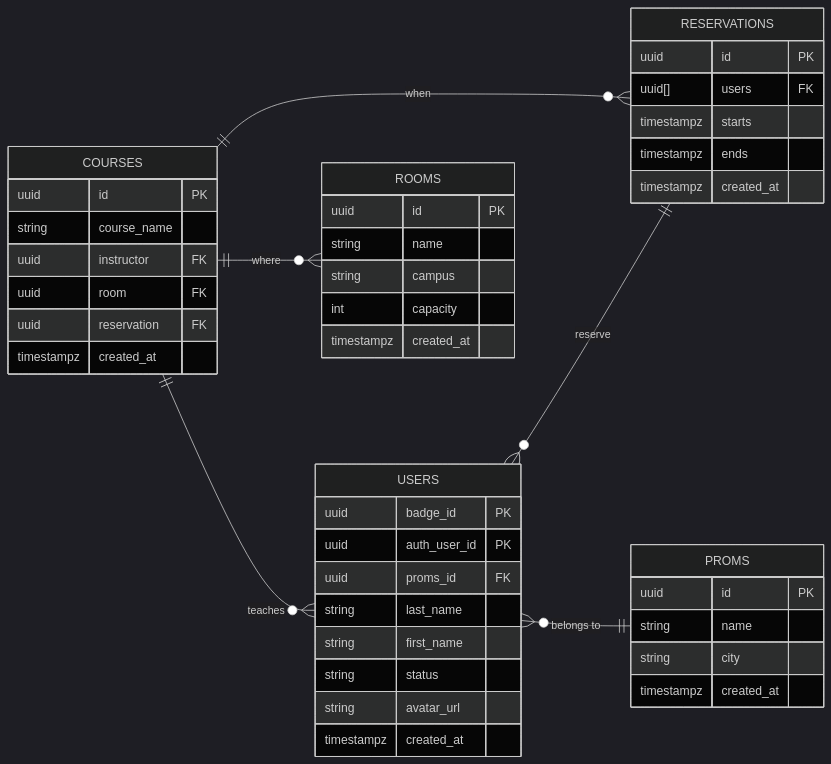
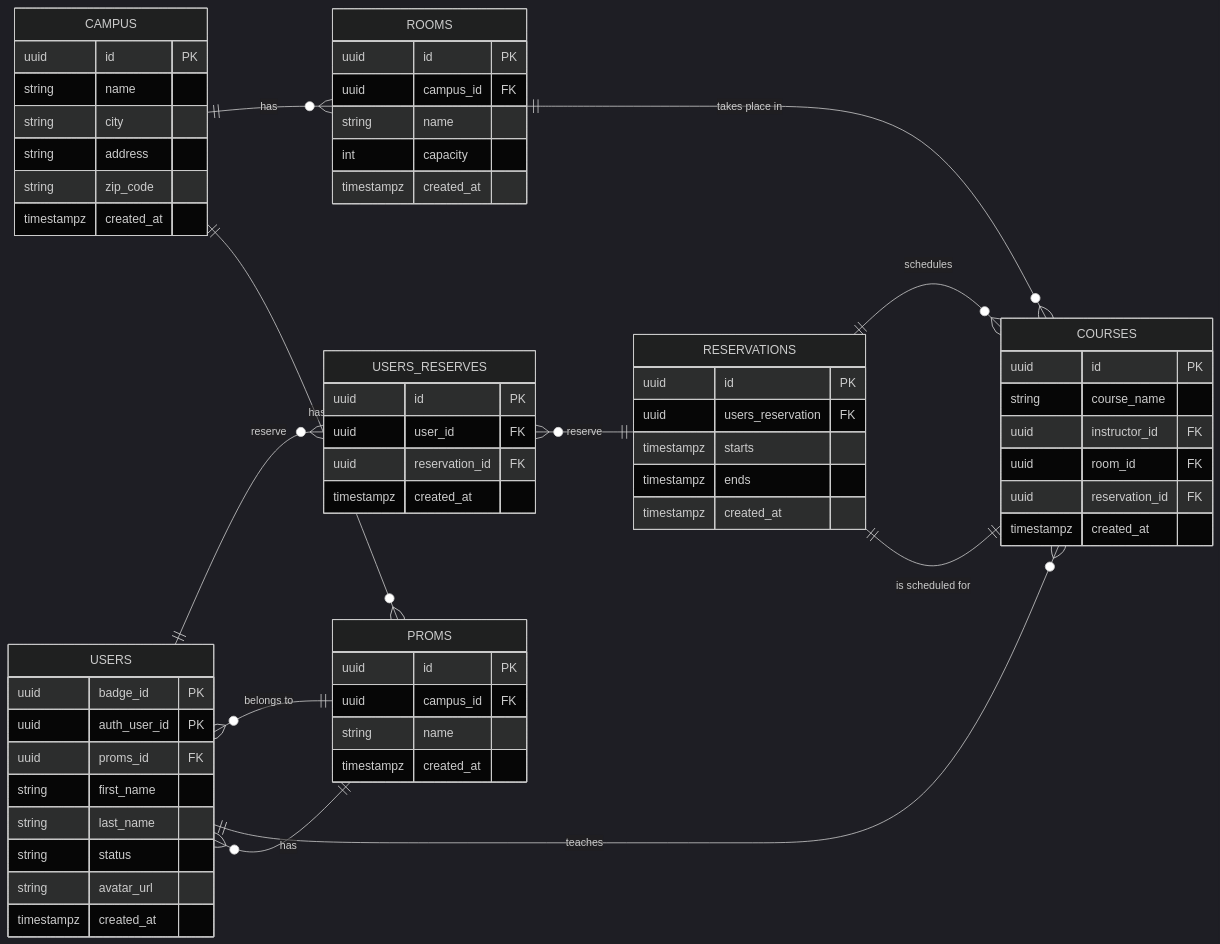
One commit to noiia/A4_IOT changed the diagram in db.mmd. Above: the diagram before and after it, drawn with Mermaid (dark theme). The commit also changed other lines of this file and 45 other files, not shown here.

First line of the commit message:
feat(add) : fixing home db connection and global improving for clean architecture

```diff
--- a/db.mmd
+++ b/db.mmd
@@ -1,52 +1,73 @@
 %%{init: {'er': {'layout': 'elk'}, 'flowchart': {'curve': 'linear'}}}%%
 erDiagram
     direction LR
 
     USERS {
         uuid        badge_id     PK
         uuid        auth_user_id PK
         uuid        proms_id     FK
+        string      first_name
         string      last_name
-        string      first_name
         string      status
         string      avatar_url
         timestampz  created_at
     }
 
     ROOMS {
-        uuid        id          PK
+        uuid        id              PK
+        uuid        campus_id       FK
         string      name
-        string      campus
         int         capacity
         timestampz  created_at
     }
 
     RESERVATIONS {
-        uuid        id          PK
-        uuid[]      users       FK
+        uuid        id                  PK
+        uuid        users_reservation   FK
         timestampz  starts
         timestampz  ends
         timestampz  created_at
     }
 
+    USERS_RESERVES {
+        uuid        id              PK
+        uuid        user_id         FK
+        uuid        reservation_id  FK
+        timestampz  created_at
+    }
+
     PROMS {
-        uuid        id          PK
+        uuid        id              PK
+        uuid        campus_id       FK
         string      name
-        string      city
         timestampz  created_at
     }
 
     COURSES {
         uuid        id              PK
         string      course_name
-        uuid        instructor      FK
-        uuid        room            FK      
-        uuid        reservation     FK      
+        uuid        instructor_id      FK
+        uuid        room_id            FK      
+        uuid        reservation_id     FK      
         timestampz  created_at
     }
 
-    USERS }o--|| RESERVATIONS : "reserve"
+    CAMPUS {
+        uuid        id              PK
+        string      name
+        string      city
+        string      address
+        string      zip_code    
+        timestampz  created_at
+    }
+
+    USERS ||--o{ USERS_RESERVES : "reserve"
+    USERS_RESERVES }o--|| RESERVATIONS : "reserve"
+    PROMS ||--o{ USERS : "has"
     USERS }o--|| PROMS : "belongs to"
-    COURSES ||--o{ USERS : "teaches"
-    COURSES ||--o{ ROOMS : "where"
-    COURSES ||--o{ RESERVATIONS : "when"
+    USERS ||--o{ COURSES : "teaches"
+    ROOMS ||--o{ COURSES : "takes place in"
+    COURSES ||--|| RESERVATIONS : "is scheduled for"
+    RESERVATIONS ||--o{ COURSES : "schedules"
+    CAMPUS ||--o{ ROOMS : "has"
+    CAMPUS ||--o{ PROMS : "has"
```
